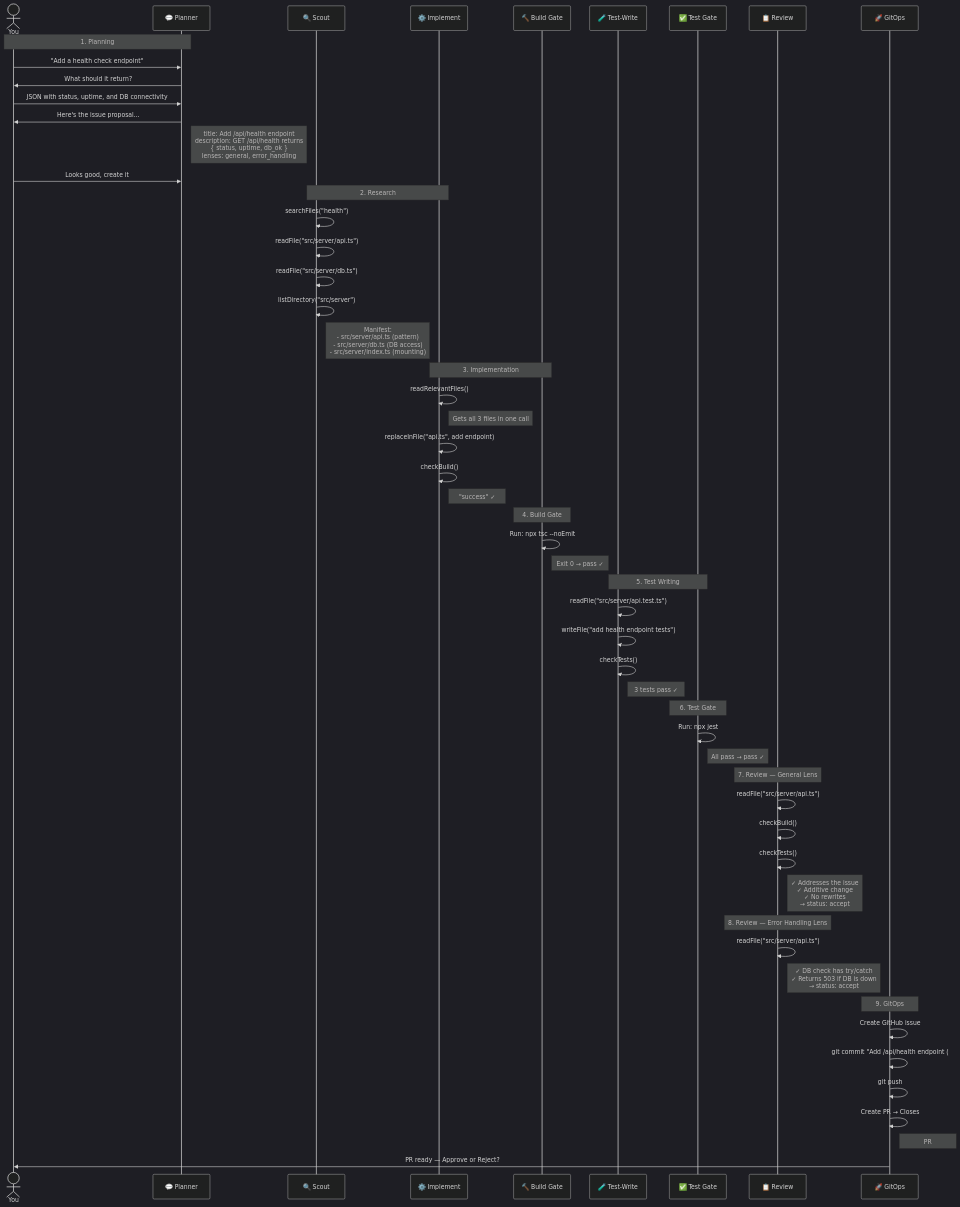
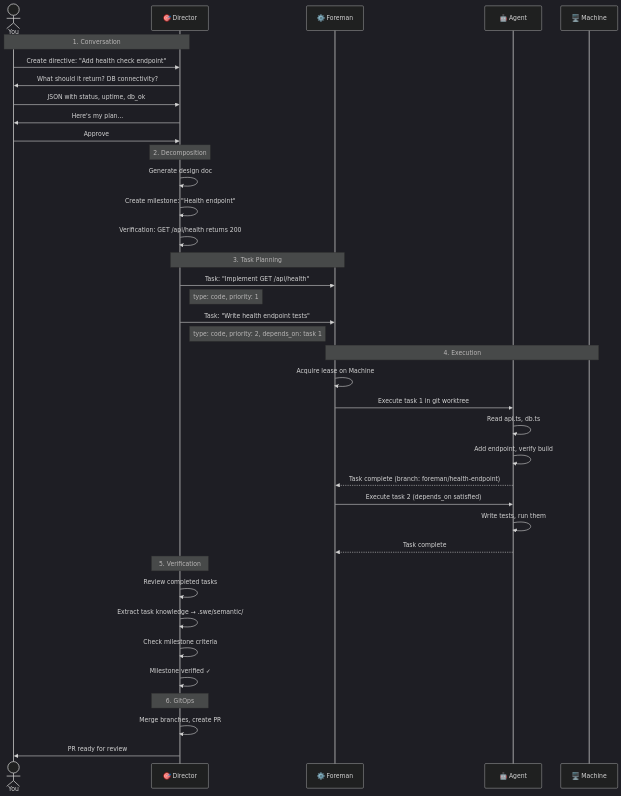
Before and after one commit to reffdev/auto-swe: the tenth of 10 diagrams in docs/architecture/00-how-it-works.md, drawn with Mermaid (dark theme). The commit also changed other lines of this file and 18 other files, not shown here.

````diff
--- a/docs/architecture/00-how-it-works.md
+++ b/docs/architecture/00-how-it-works.md
@@ -166,67 +294,47 @@
 ```mermaid
 sequenceDiagram
     actor You
-    participant Planner as 💬 Planner
-    participant Scout as 🔍 Scout
-    participant Impl as ⚙️ Implement
-    participant BG as 🔨 Build Gate
-    participant TW as 🧪 Test-Write
-    participant TG as ✅ Test Gate
-    participant Rev as 📋 Review
-    participant Git as 🚀 GitOps
+    participant Dir as 🎯 Director
+    participant FM as ⚙️ Foreman
+    participant Agent as 🤖 Agent
+    participant Machine as 🖥️ Machine
 
-    Note over You,Planner: 1. Planning
-    You->>Planner: "Add a health check endpoint"
-    Planner->>You: What should it return?
-    You->>Planner: JSON with status, uptime, and DB connectivity
-    Planner->>You: Here's the issue proposal...
-    Note right of Planner: title: Add /api/health endpoint<br/>description: GET /api/health returns<br/>{ status, uptime, db_ok }<br/>lenses: general, error_handling
-    You->>Planner: Looks good, create it
+    Note over You,Dir: 1. Conversation
+    You->>Dir: Create directive: "Add health check endpoint"
+    Dir->>You: What should it return? DB connectivity?
+    You->>Dir: JSON with status, uptime, db_ok
+    Dir->>You: Here's my plan...
+    You->>Dir: Approve
 
-    Note over Scout,Impl: 2. Research
-    Scout->>Scout: searchFiles("health")
-    Scout->>Scout: readFile("src/server/api.ts")
-    Scout->>Scout: readFile("src/server/db.ts")
-    Scout->>Scout: listDirectory("src/server")
-    Note right of Scout: Manifest:<br/>- src/server/api.ts (pattern)<br/>- src/server/db.ts (DB access)<br/>- src/server/index.ts (mounting)
+    Note over Dir: 2. Decomposition
+    Dir->>Dir: Generate design doc
+    Dir->>Dir: Create milestone: "Health endpoint"
+    Dir->>Dir: Verification: GET /api/health returns 200
 
-    Note over Impl,BG: 3. Implementation
-    Impl->>Impl: readRelevantFiles()
-    Note right of Impl: Gets all 3 files in one call
-    Impl->>Impl: replaceInFile("api.ts", add endpoint)
-    Impl->>Impl: checkBuild()
-    Note right of Impl: "success" ✓
+    Note over Dir,FM: 3. Task Planning
+    Dir->>FM: Task: "Implement GET /api/health"
+    Note right of Dir: type: code, priority: 1
+    Dir->>FM: Task: "Write health endpoint tests"
+    Note right of Dir: type: code, priority: 2, depends_on: task 1
 
-    Note over BG: 4. Build Gate
-    BG->>BG: Run: npx tsc --noEmit
-    Note right of BG: Exit 0 → pass ✓
+    Note over FM,Machine: 4. Execution
+    FM->>FM: Acquire lease on Machine
+    FM->>Agent: Execute task 1 in git worktree
+    Agent->>Agent: Read api.ts, db.ts
+    Agent->>Agent: Add endpoint, verify build
+    Agent-->>FM: Task complete (branch: foreman/health-endpoint)
 
-    Note over TW,TG: 5. Test Writing
-    TW->>TW: readFile("src/server/api.test.ts")
-    TW->>TW: writeFile("add health endpoint tests")
-    TW->>TW: checkTests()
-    Note right of TW: 3 tests pass ✓
+    FM->>Agent: Execute task 2 (depends_on satisfied)
+    Agent->>Agent: Write tests, run them
+    Agent-->>FM: Task complete
 
-    Note over TG: 6. Test Gate
-    TG->>TG: Run: npx jest
-    Note right of TG: All pass → pass ✓
+    Note over Dir: 5. Verification
+    Dir->>Dir: Review completed tasks
+    Dir->>Dir: Extract task knowledge → .swe/semantic/
+    Dir->>Dir: Check milestone criteria
+    Dir->>Dir: Milestone verified ✓
 
-    Note over Rev: 7. Review — General Lens
-    Rev->>Rev: readFile("src/server/api.ts")
-    Rev->>Rev: checkBuild()
-    Rev->>Rev: checkTests()
-    Note right of Rev: ✓ Addresses the issue<br/>✓ Additive change<br/>✓ No rewrites<br/>→ status: accept
-
-    Note over Rev: 8. Review — Error Handling Lens
-    Rev->>Rev: readFile("src/server/api.ts")
-    Note right of Rev: ✓ DB check has try/catch<br/>✓ Returns 503 if DB is down<br/>→ status: accept
-
-    Note over Git: 9. GitOps
-    Git->>Git: Create GitHub issue #42
-    Git->>Git: git commit "Add /api/health endpoint (#42)"
-    Git->>Git: git push
-    Git->>Git: Create PR → Closes #42
-    Note right of Git: PR #15 ready for your review
-
-    Git->>You: PR ready — Approve or Reject?
+    Note over Dir: 6. GitOps
+    Dir->>Dir: Merge branches, create PR
+    Dir->>You: PR ready for review
 ```
````
